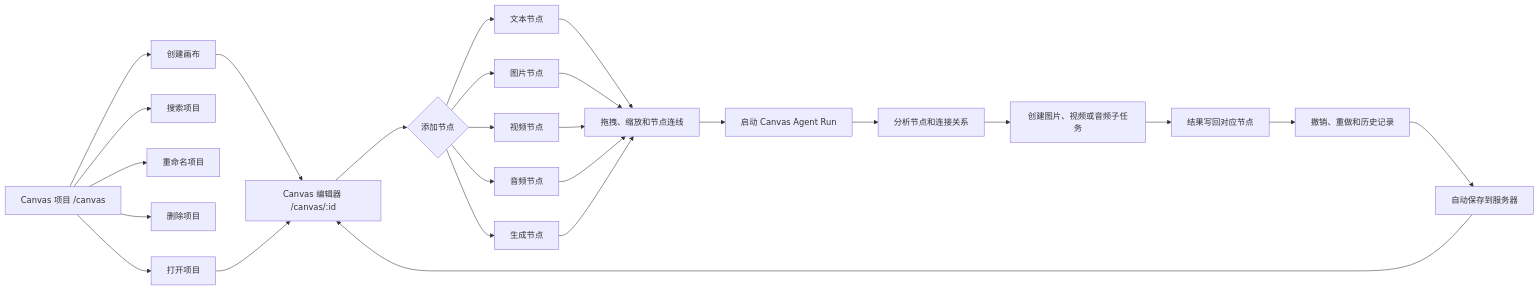
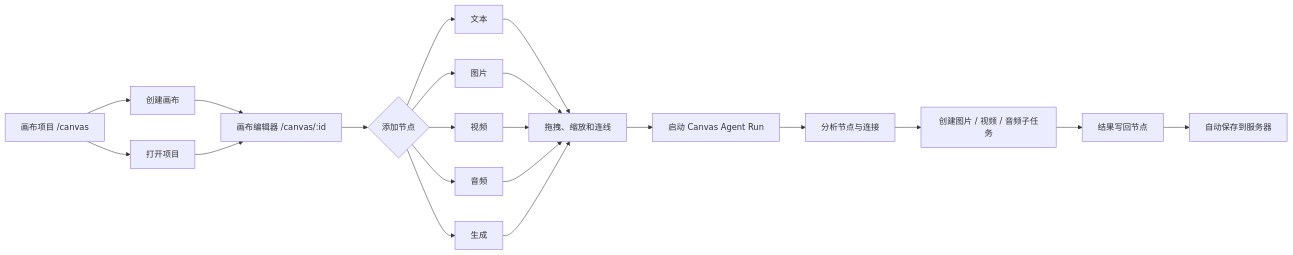
The fourth of 9 diagrams in README.md (jiujiu532/JoveCanvas), drawn with Mermaid before and after one commit. The commit also changed other lines of this file and 1 other file, not shown here.

First line of the commit message:
docs: README 品牌改为 JoveCanvas 并清理上游痕迹

````diff
--- a/README.md
+++ b/README.md
@@ -157,32 +154,26 @@
 ```mermaid
 flowchart LR
-    LIST["Canvas 项目 /canvas"] --> CREATE["创建画布"]
-    LIST --> SEARCH["搜索项目"]
-    LIST --> RENAME["重命名项目"]
-    LIST --> DELETE["删除项目"]
+    LIST["画布项目 /canvas"] --> CREATE["创建画布"]
     LIST --> OPEN["打开项目"]
-
-    CREATE --> EDITOR["Canvas 编辑器 /canvas/:id"]
+    CREATE --> EDITOR["画布编辑器 /canvas/:id"]
     OPEN --> EDITOR
 
     EDITOR --> NODE{"添加节点"}
-    NODE --> TEXT["文本节点"]
-    NODE --> IMAGE["图片节点"]
-    NODE --> VIDEO["视频节点"]
-    NODE --> AUDIO["音频节点"]
-    NODE --> GENERATE["生成节点"]
+    NODE --> TEXT["文本"]
+    NODE --> IMAGE["图片"]
+    NODE --> VIDEO["视频"]
+    NODE --> AUDIO["音频"]
+    NODE --> GENERATE["生成"]
 
-    TEXT --> CONNECT["拖拽、缩放和节点连线"]
+    TEXT --> CONNECT["拖拽、缩放和连线"]
     IMAGE --> CONNECT
     VIDEO --> CONNECT
     AUDIO --> CONNECT
     GENERATE --> CONNECT
 
     CONNECT --> AGENT["启动 Canvas Agent Run"]
-    AGENT --> PLAN["分析节点和连接关系"]
-    PLAN --> TASK["创建图片、视频或音频子任务"]
-    TASK --> RESULT["结果写回对应节点"]
-    RESULT --> HISTORY["撤销、重做和历史记录"]
-    HISTORY --> SAVE["自动保存到服务器"]
-    SAVE --> EDITOR
+    AGENT --> PLAN["分析节点与连接"]
+    PLAN --> TASK["创建图片 / 视频 / 音频子任务"]
+    TASK --> RESULT["结果写回节点"]
+    RESULT --> SAVE["自动保存到服务器"]
 ```
````
